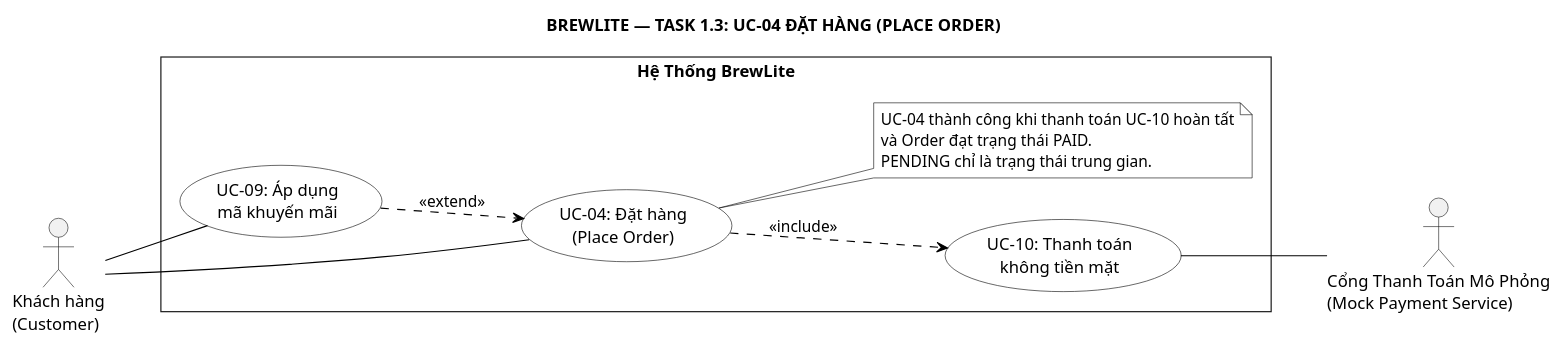
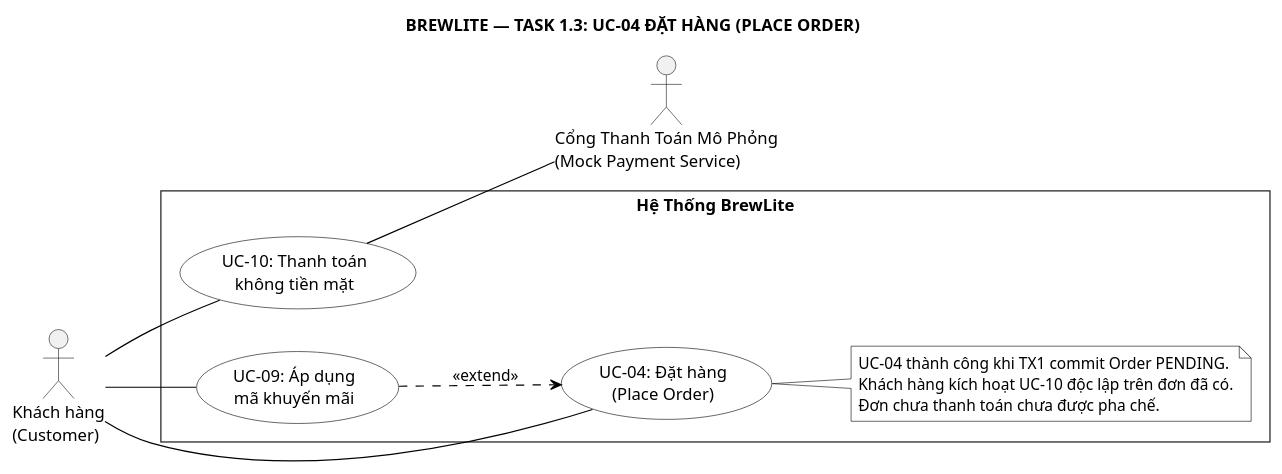
The diagram in docs/requirements/use-case-place-order.puml (vohuunghiaah/brewlite), drawn with PlantUML before and after one commit. The commit also changed 18 other files, not shown here.

```diff
--- a/docs/requirements/use-case-place-order.puml
+++ b/docs/requirements/use-case-place-order.puml
@@ -1,45 +1,45 @@
 @startuml brewlite-usecase-place-order
 ' BrewLite — Task 1.3 — Đặc tả Use Case Chi tiết UC-04 Đặt hàng
 ' Tài liệu tham chiếu: SRS 1.3.2 và REQ-UC-04 v1.3.2
-' Mô hình chuẩn UML: UC-04 bắt buộc bao gồm (<<include>>) thanh toán UC-10
+' UC-04 tạo đơn PENDING; UC-10 thanh toán độc lập trên đơn đã tồn tại.
 
 skinparam monochrome true
 skinparam shadowing false
 skinparam defaultFontName Arial
 skinparam roundCorner 0
 skinparam usecase {
     BackgroundColor White
     BorderColor Black
     ArrowColor Black
 }
 skinparam note {
     BackgroundColor White
     BorderColor Black
     ArrowColor Black
 }
 left to right direction
 
 title BREWLITE — TASK 1.3: UC-04 ĐẶT HÀNG (PLACE ORDER)
 
 actor "Khách hàng\n(Customer)" as Customer
 
 rectangle "Hệ Thống BrewLite" {
     usecase "UC-09: Áp dụng\nmã khuyến mãi" as UC9
     usecase "UC-04: Đặt hàng\n(Place Order)" as UC4
     usecase "UC-10: Thanh toán\nkhông tiền mặt" as UC10
 
-    note "UC-04 thành công khi thanh toán UC-10 hoàn tất\nvà Order đạt trạng thái PAID.\nPENDING chỉ là trạng thái trung gian." as N1
+    note "UC-04 thành công khi TX1 commit Order PENDING.\nKhách hàng kích hoạt UC-10 độc lập trên đơn đã có.\nĐơn chưa thanh toán chưa được pha chế." as N1
     UC4 .. N1
 }
 
 actor "Cổng Thanh Toán Mô Phỏng\n(Mock Payment Service)" as PaymentGateway
 
 Customer -- UC4
+Customer -- UC10
 Customer -- UC9
 
 UC9 ..> UC4 : <<extend>>
-UC4 ..> UC10 : <<include>>
 
 UC10 -- PaymentGateway
 
 @enduml
```
